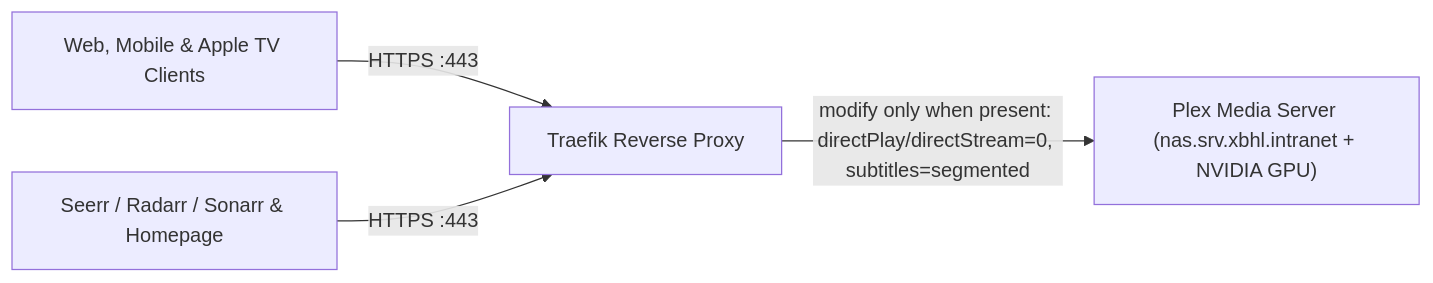
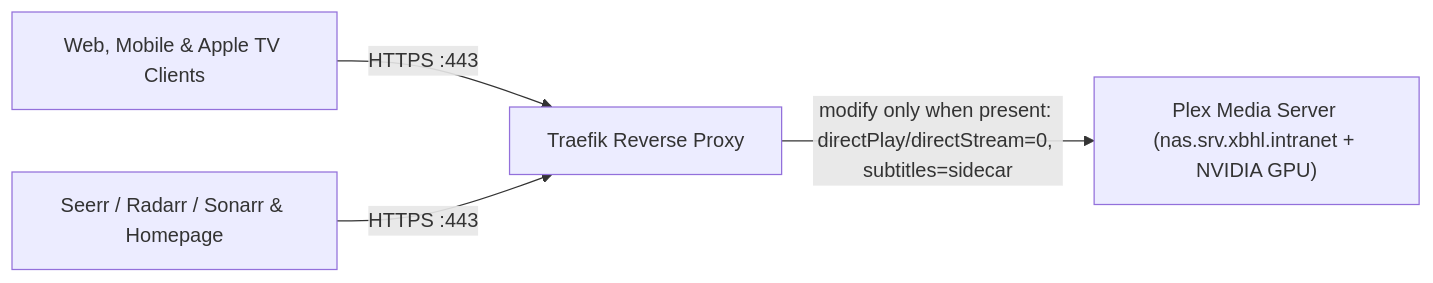
One commit to lbarczynski-home-lab/plex changed the diagram in README.md. Above: the diagram before and after it, drawn with Mermaid. The commit also changed other lines of this file and 1 other file, not shown here.

Commit message:
fix(plex): deliver Apple TV text subtitles as sidecar instead of segmented

````diff
--- a/README.md
+++ b/README.md
@@ -19,6 +19,6 @@
 ```mermaid
 flowchart LR
     Clients["Web, Mobile & Apple TV Clients"] -->|"HTTPS :443"| Traefik["Traefik Reverse Proxy"]
     Ecosystem["Seerr / Radarr / Sonarr & Homepage"] -->|"HTTPS :443"| Traefik
-    Traefik -->|"modify only when present: directPlay/directStream=0, subtitles=segmented"| Plex["Plex Media Server (nas.srv.xbhl.intranet + NVIDIA GPU)"]
+    Traefik -->|"modify only when present: directPlay/directStream=0, subtitles=sidecar"| Plex["Plex Media Server (nas.srv.xbhl.intranet + NVIDIA GPU)"]
 ```
````
